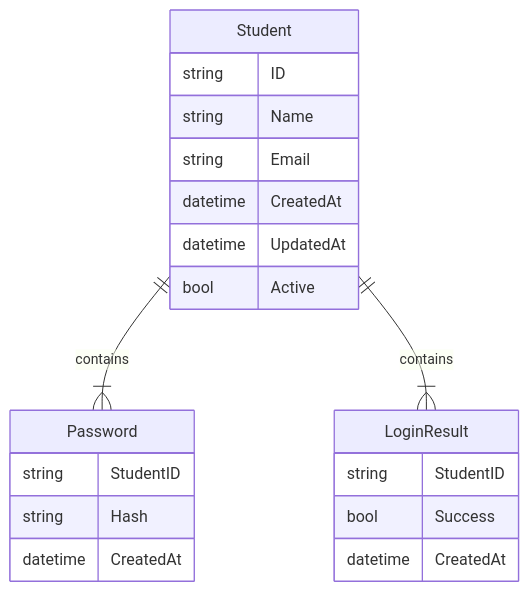
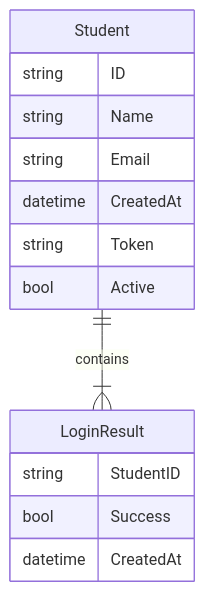
The second of 2 diagrams in src/RegistryService/README.md (RafaelFino/plataforma-journey), drawn with Mermaid before and after one commit. The commit also changed other lines of this file and 4 other files, not shown here.

````diff
--- a/src/RegistryService/README.md
+++ b/src/RegistryService/README.md
@@ -38,27 +38,19 @@
 ```mermaid
 erDiagram
     Student {
         string ID
         string Name
         string Email
         datetime CreatedAt
-        datetime UpdatedAt
+        string Token
         bool Active
     }
-
-    Password {
-        string StudentID
-        string Hash
-        datetime CreatedAt
-    }
-
-    Student ||--|{ Password : contains
 
     LoginResult {
         string StudentID
         bool Success
         datetime CreatedAt
     }
 
     Student ||--|{ LoginResult : contains
 ```
````
